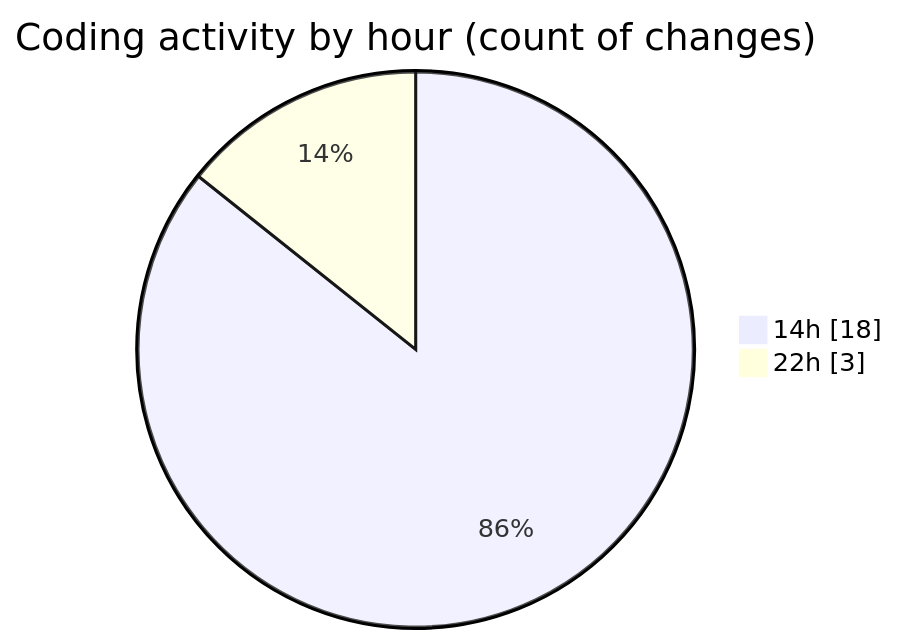
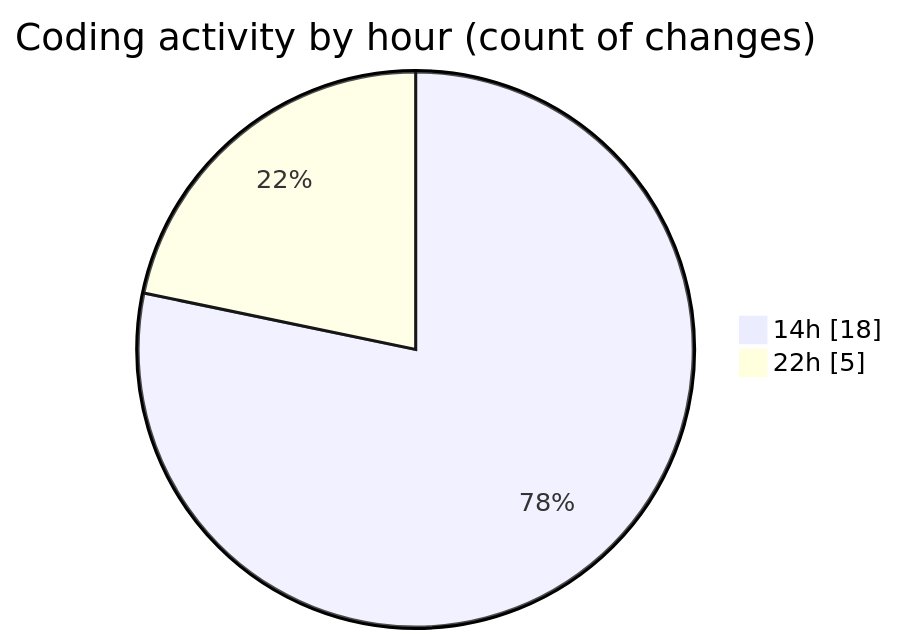
Before and after one commit to EIIisD/code-tracking: the second of 2 diagrams in 2025-07-27/fish/README.md, drawn with Mermaid. The commit also changed other lines of this file and 1 other file, not shown here.

````diff
--- a/2025-07-27/fish/README.md
+++ b/2025-07-27/fish/README.md
@@ -29,6 +29,6 @@
 ```mermaid
 pie showData
 title Coding activity by hour (count of changes)
 "14h" : 18
-"22h" : 3
+"22h" : 5
 ```
````
